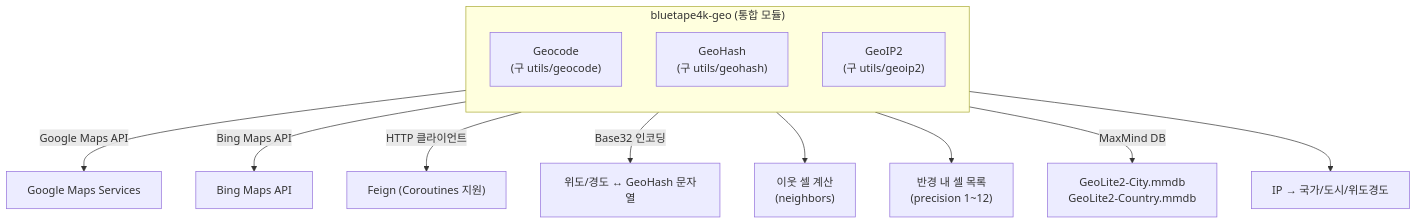
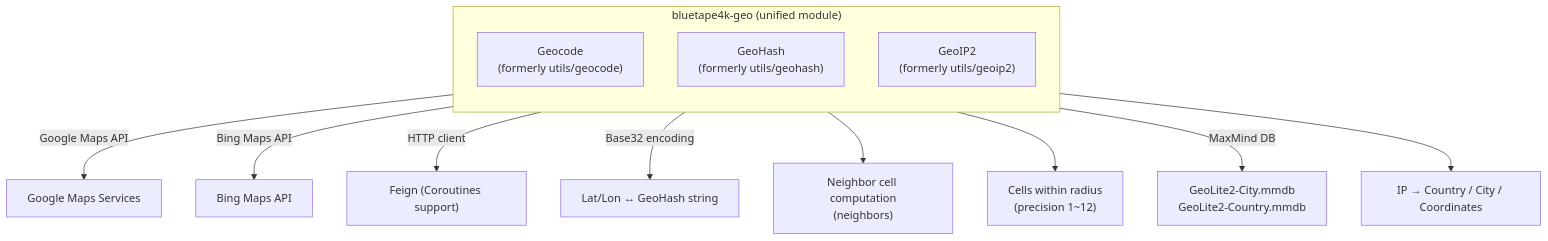
Before and after one commit to bluetape4k/bluetape4k-projects: the first of 2 diagrams in utils/geo/README.md, drawn with Mermaid. The commit also changed other lines of this file and 265 other files, not shown here.

````diff
--- a/utils/geo/README.md
+++ b/utils/geo/README.md
@@ -28,20 +30,20 @@
 ```mermaid
 flowchart TD
-    subgraph bluetape4k-geo["bluetape4k-geo (통합 모듈)"]
+    subgraph bluetape4k-geo["bluetape4k-geo (unified module)"]
         direction TB
-        GC["Geocode<br/>(구 utils/geocode)"]
-        GH["GeoHash<br/>(구 utils/geohash)"]
-        GI["GeoIP2<br/>(구 utils/geoip2)"]
+        GC["Geocode<br/>(formerly utils/geocode)"]
+        GH["GeoHash<br/>(formerly utils/geohash)"]
+        GI["GeoIP2<br/>(formerly utils/geoip2)"]
     end
 
     GC -->|"Google Maps API"| GOOGLE["Google Maps Services"]
     GC -->|"Bing Maps API"| BING["Bing Maps API"]
-    GC -->|"HTTP 클라이언트"| FEIGN["Feign (Coroutines 지원)"]
+    GC -->|"HTTP client"| FEIGN["Feign (Coroutines support)"]
 
-    GH -->|"Base32 인코딩"| COORD["위도/경도 ↔ GeoHash 문자열"]
-    GH --> NEIGHBOR["이웃 셀 계산<br/>(neighbors)"]
-    GH --> RADIUS["반경 내 셀 목록<br/>(precision 1~12)"]
+    GH -->|"Base32 encoding"| COORD["Lat/Lon ↔ GeoHash string"]
+    GH --> NEIGHBOR["Neighbor cell computation<br/>(neighbors)"]
+    GH --> RADIUS["Cells within radius<br/>(precision 1~12)"]
 
     GI -->|"MaxMind DB"| MMDB["GeoLite2-City.mmdb<br/>GeoLite2-Country.mmdb"]
-    GI --> IPINFO["IP → 국가/도시/위도경도"]
+    GI --> IPINFO["IP → Country / City / Coordinates"]
 ```
````
